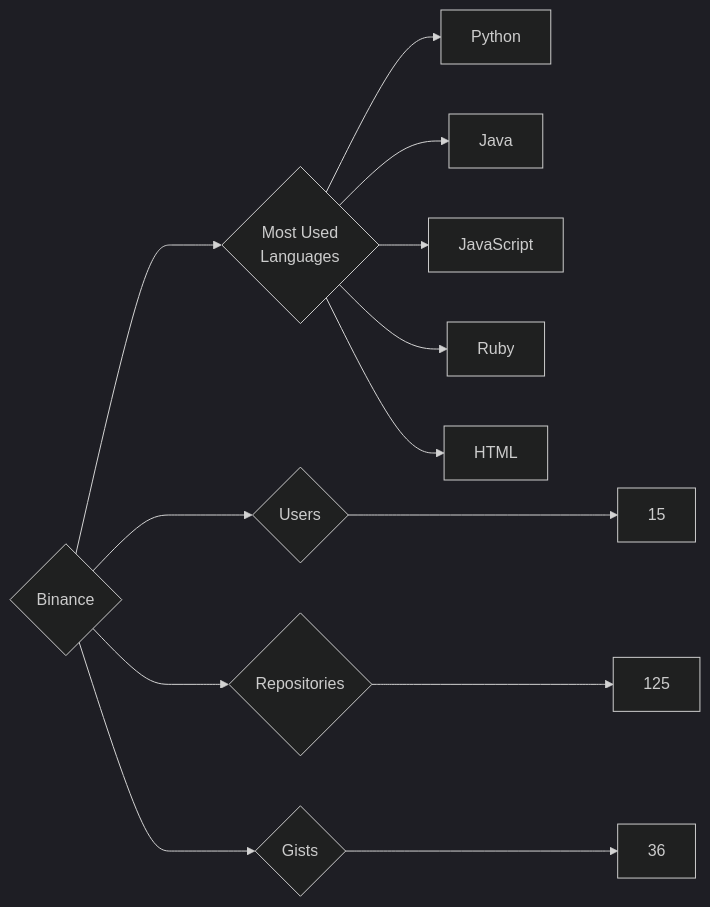
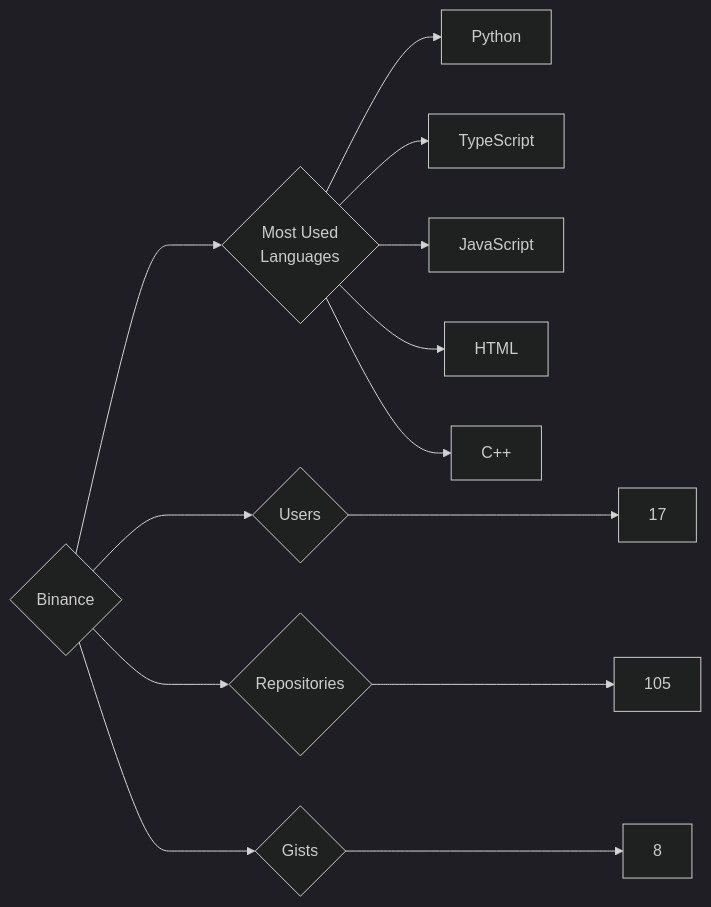
One commit to trickest/insiders changed the diagram in targets/Binance/README.md. Above: the diagram before and after it, drawn with Mermaid (dark theme). The commit also changed 874 other files, not shown here.

````diff
--- a/targets/Binance/README.md
+++ b/targets/Binance/README.md
@@ -3,13 +3,13 @@
 ```mermaid
 graph LR
 COMPANY_NAME{Binance}
-COMPANY_NAME ---> U{Users} ---> UN[15]
-COMPANY_NAME ---> R{Repositories} ---> RN[125]
-COMPANY_NAME ---> G{Gists} ---> GN[36]
+COMPANY_NAME ---> U{Users} ---> UN[17]
+COMPANY_NAME ---> R{Repositories} ---> RN[105]
+COMPANY_NAME ---> G{Gists} ---> GN[8]
 COMPANY_NAME ---> ML{Most Used<br>Languages}
 ML --> Python[Python]
-ML --> Java[Java]
+ML --> TypeScript[TypeScript]
 ML --> JavaScript[JavaScript]
-ML --> Ruby[Ruby]
 ML --> HTML[HTML]
+ML --> C++[C++]
 ```
````
